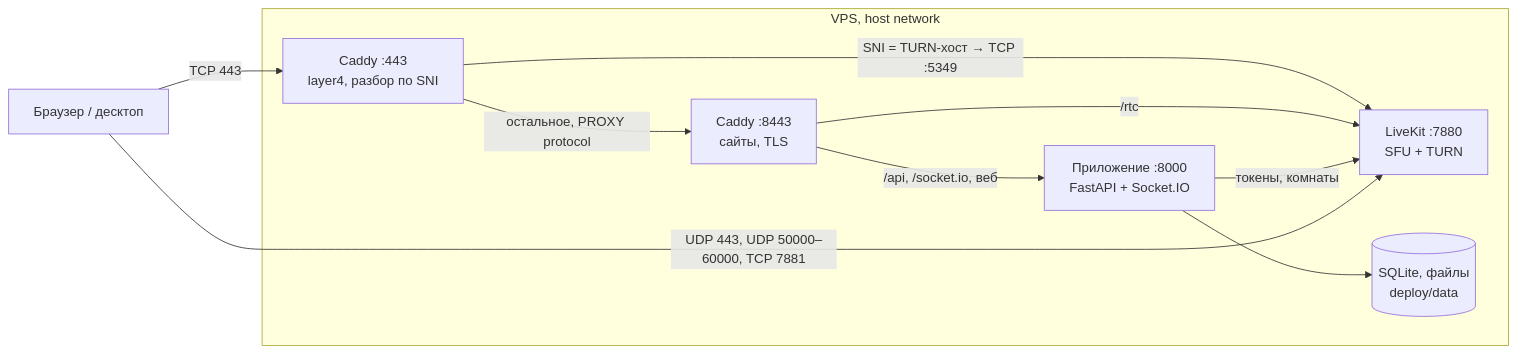
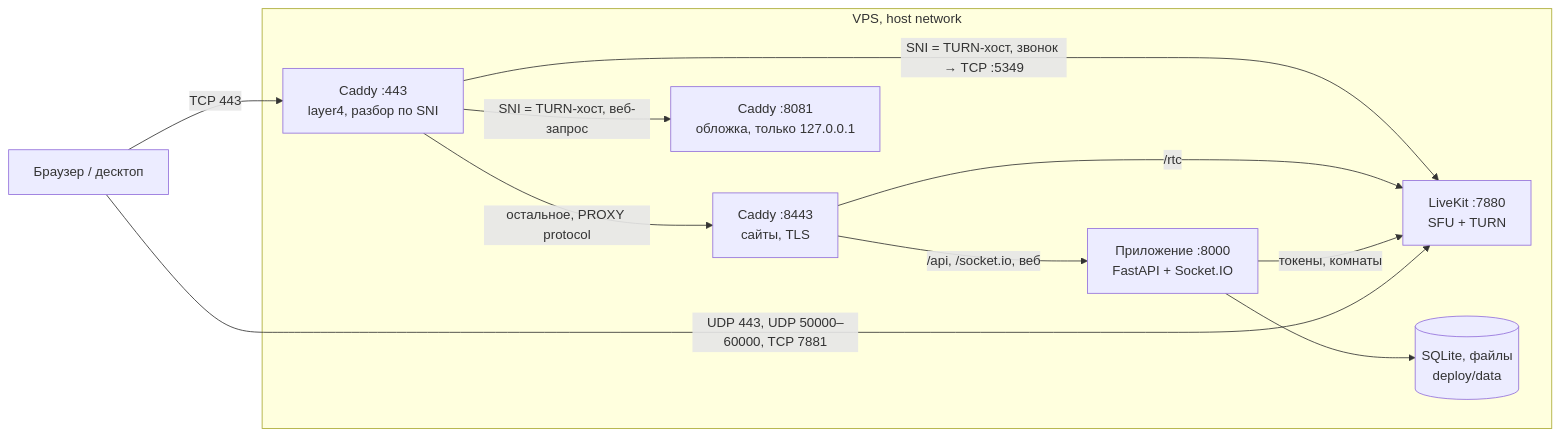
Before and after one commit to atriumchat/atrium: the diagram in README.md, drawn with Mermaid. The commit also changed other lines of this file and 1 other file, not shown here.

````diff
--- a/README.md
+++ b/README.md
@@ -44,19 +44,21 @@
 ```mermaid
 flowchart LR
   client["Браузер / десктоп"]
   subgraph vps["VPS, host network"]
     l4["Caddy :443<br/>layer4, разбор по SNI"]
     site["Caddy :8443<br/>сайты, TLS"]
+    cover["Caddy :8081<br/>обложка, только 127.0.0.1"]
     app["Приложение :8000<br/>FastAPI + Socket.IO"]
     lk["LiveKit :7880<br/>SFU + TURN"]
     db[("SQLite, файлы<br/>deploy/data")]
   end
   client -- "TCP 443" --> l4
-  l4 -- "SNI = TURN-хост → TCP :5349" --> lk
+  l4 -- "SNI = TURN-хост, звонок → TCP :5349" --> lk
+  l4 -- "SNI = TURN-хост, веб-запрос" --> cover
   l4 -- "остальное, PROXY protocol" --> site
   site -- "/rtc" --> lk
   site -- "/api, /socket.io, веб" --> app
   app --> db
   app -- "токены, комнаты" --> lk
   client -- "UDP 443, UDP 50000–60000, TCP 7881" --> lk
 ```
````
